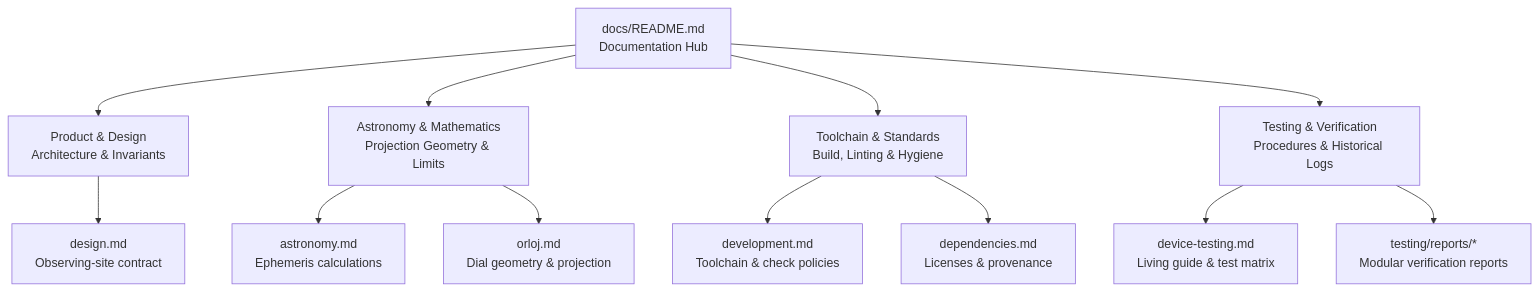
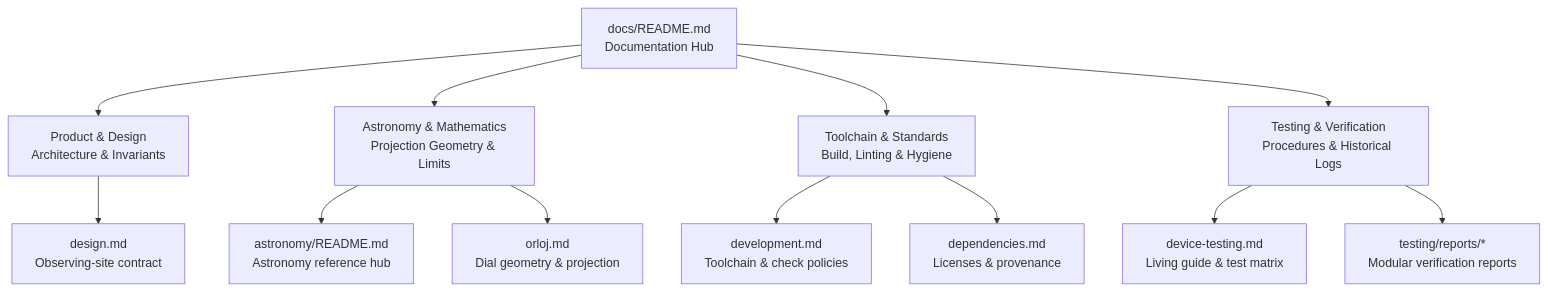
The diagram in docs/README.md (godaniya/astronomical-clocks-wallpaper), drawn with Mermaid before and after one commit. The commit also changed other lines of this file and 4 other files, not shown here.

````diff
--- a/docs/README.md
+++ b/docs/README.md
@@ -7,24 +7,24 @@
 ```mermaid
 graph TD
     DocsHub["docs/README.md<br/>Documentation Hub"]
     Design["Product & Design<br/>Architecture & Invariants"]
     Astronomy["Astronomy & Mathematics<br/>Projection Geometry & Limits"]
     Dev["Toolchain & Standards<br/>Build, Linting & Hygiene"]
     Testing["Testing & Verification<br/>Procedures & Historical Logs"]
     
     DocsHub --> Design
     DocsHub --> Astronomy
     DocsHub --> Dev
     DocsHub --> Testing
 
     Design --> D1["design.md<br/>Observing-site contract"]
 
-    Astronomy --> A1["astronomy.md<br/>Ephemeris calculations"]
+    Astronomy --> A1["astronomy/README.md<br/>Astronomy reference hub"]
     Astronomy --> A2["orloj.md<br/>Dial geometry & projection"]
 
     Dev --> V1["development.md<br/>Toolchain & check policies"]
     Dev --> V2["dependencies.md<br/>Licenses & provenance"]
 
     Testing --> T1["device-testing.md<br/>Living guide & test matrix"]
     Testing --> T2["testing/reports/*<br/>Modular verification reports"]
 ```
````
